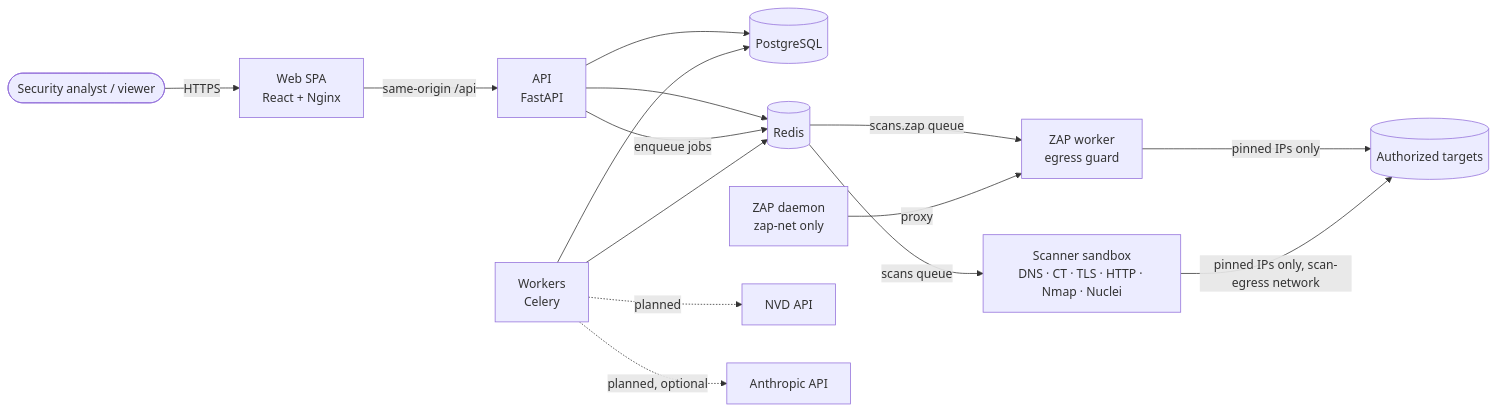
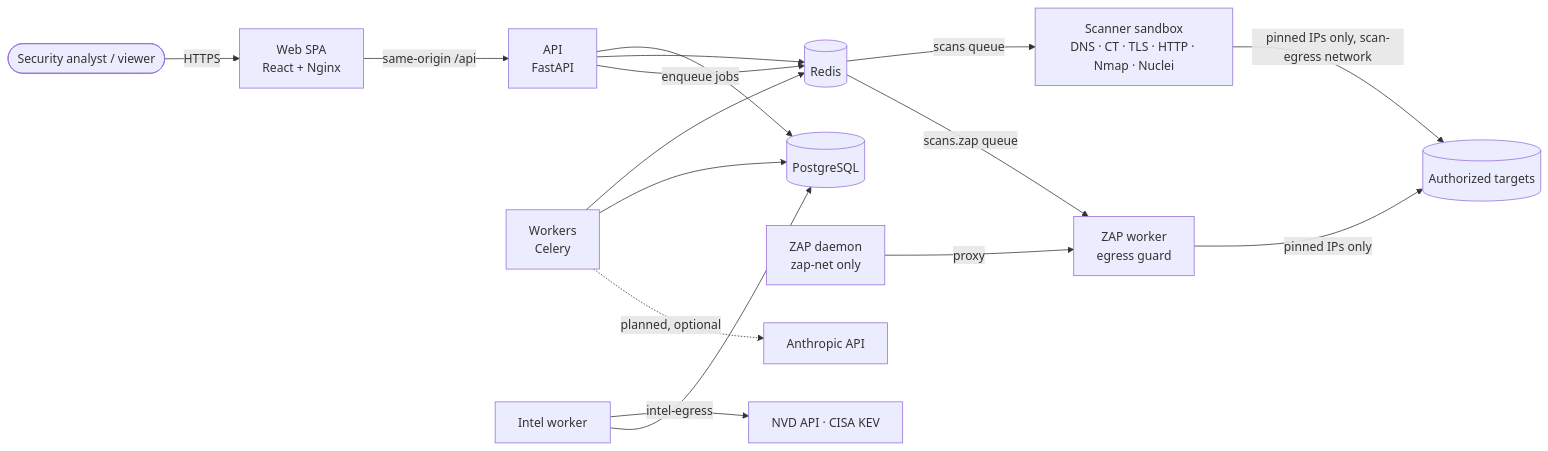
Before and after one commit to Fabianooliveirasilva/SENTINELX: the first of 2 diagrams in docs/ARCHITECTURE.md, drawn with Mermaid. The commit also changed other lines of this file and 52 other files, not shown here.

````diff
--- a/docs/ARCHITECTURE.md
+++ b/docs/ARCHITECTURE.md
@@ -22,17 +22,18 @@
 ```mermaid
 flowchart LR
     analyst([Security analyst / viewer]) -->|HTTPS| web[Web SPA<br/>React + Nginx]
     web -->|same-origin /api| api[API<br/>FastAPI]
     api --> pg[(PostgreSQL)]
     api --> redis[(Redis)]
     api -->|enqueue jobs| redis
     worker[Workers<br/>Celery] --> redis
     worker --> pg
     redis -->|scans queue| scanner[Scanner sandbox<br/>DNS · CT · TLS · HTTP · Nmap · Nuclei]
     redis -->|scans.zap queue| scannerzap[ZAP worker<br/>egress guard]
     zap[ZAP daemon<br/>zap-net only] -->|proxy| scannerzap
     scannerzap -->|pinned IPs only| targets
     scanner -->|pinned IPs only, scan-egress network| targets[(Authorized targets)]
-    worker -.->|planned| nvd[NVD API]
+    intel[Intel worker] -->|intel-egress| nvd[NVD API · CISA KEV]
+    intel --> pg
     worker -.->|planned, optional| llm[Anthropic API]
 ```
````
